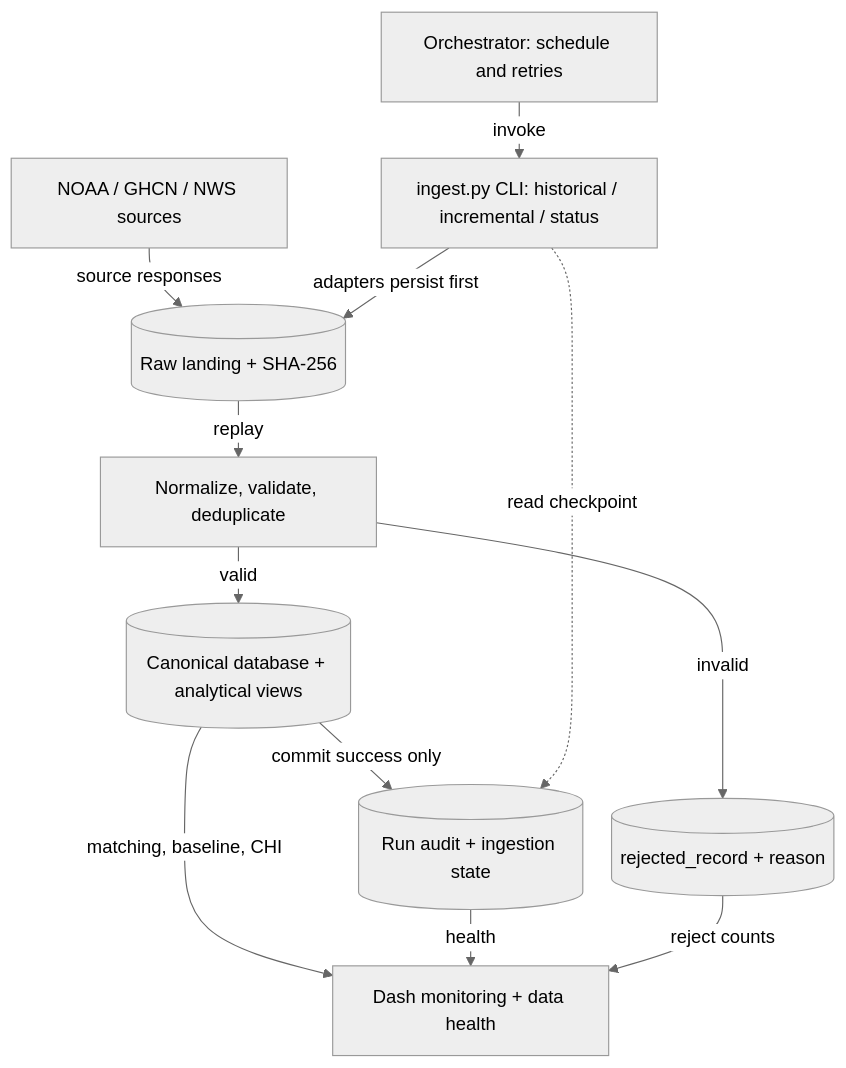
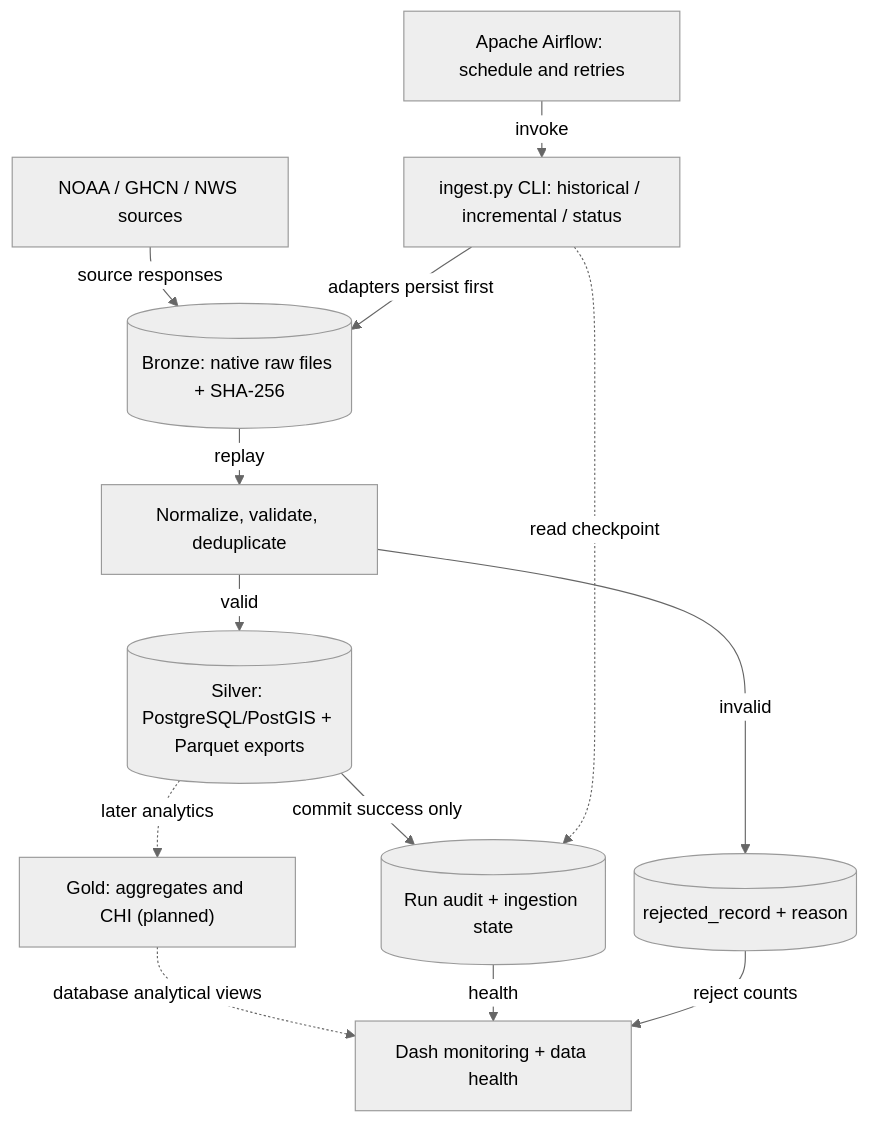
Before and after one commit to KevMasMas/multi-hazard-weather-monitoring: the diagram in docs/architecture/workshop-1-pipeline.mmd, drawn with Mermaid. The commit also changed 12 other files, not shown here.

Commit message:
docs(workshop-1): align architecture with Airflow and data layers

```diff
--- a/docs/architecture/workshop-1-pipeline.mmd
+++ b/docs/architecture/workshop-1-pipeline.mmd
@@ -1,22 +1,24 @@
 %%{init: {'theme':'neutral','flowchart':{'nodeSpacing':25,'rankSpacing':25,'wrappingWidth':180}}}%%
 flowchart TB
     sources["NOAA / GHCN / NWS sources"]
-    scheduler["Orchestrator: schedule and retries"]
+    scheduler["Apache Airflow: schedule and retries"]
     cli["ingest.py CLI: historical / incremental / status"]
-    raw[("Raw landing + SHA-256")]
+    raw[("Bronze: native raw files + SHA-256")]
     validate["Normalize, validate, deduplicate"]
     quarantine[("rejected_record + reason")]
-    db[("Canonical database + analytical views")]
+    db[("Silver: PostgreSQL/PostGIS + Parquet exports")]
+    gold["Gold: aggregates and CHI (planned)"]
     state[("Run audit + ingestion state")]
     dashboard["Dash monitoring + data health"]
     scheduler -->|invoke| cli
     sources -->|source responses| raw
     cli -->|adapters persist first| raw
     raw -->|replay| validate
     validate -->|invalid| quarantine
     validate -->|valid| db
     db -->|commit success only| state
     cli -.->|read checkpoint| state
-    db -->|matching, baseline, CHI| dashboard
+    db -.->|later analytics| gold
+    gold -.->|database analytical views| dashboard
     state -->|health| dashboard
     quarantine -->|reject counts| dashboard
```
